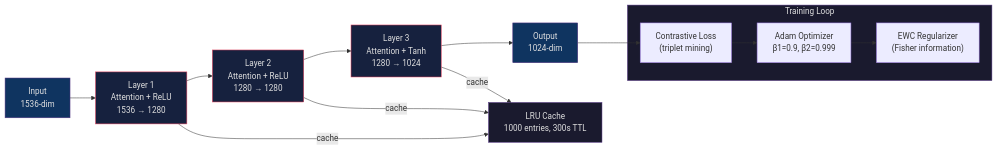
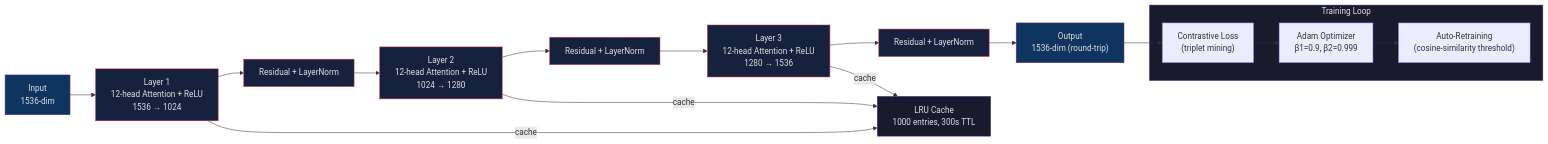
One commit to ste-bah/archon-cli changed diagram 15 of 15 in README.md. Above: the diagram before and after it, drawn with Mermaid. The commit also changed other lines of this file and 7 other files, not shown here.

````diff
--- a/README.md
+++ b/README.md
@@ -2446,28 +2446,34 @@
 ```mermaid
 graph LR
-    INPUT["Input<br/>1536-dim"] --> L1["Layer 1<br/>Attention + ReLU<br/>1536 → 1280"]
-    L1 --> L2["Layer 2<br/>Attention + ReLU<br/>1280 → 1280"]
-    L2 --> L3["Layer 3<br/>Attention + Tanh<br/>1280 → 1024"]
-    L3 --> OUTPUT["Output<br/>1024-dim"]
+    INPUT["Input<br/>1536-dim"] --> L1["Layer 1<br/>12-head Attention + ReLU<br/>1536 → 1024"]
+    L1 --> RES1["Residual + LayerNorm"]
+    RES1 --> L2["Layer 2<br/>12-head Attention + ReLU<br/>1024 → 1280"]
+    L2 --> RES2["Residual + LayerNorm"]
+    RES2 --> L3["Layer 3<br/>12-head Attention + ReLU<br/>1280 → 1536"]
+    L3 --> RES3["Residual + LayerNorm"]
+    RES3 --> OUTPUT["Output<br/>1536-dim (round-trip)"]
 
     L1 --> |"cache"| CACHE["LRU Cache<br/>1000 entries, 300s TTL"]
     L2 --> |"cache"| CACHE
     L3 --> |"cache"| CACHE
 
     subgraph training["Training Loop"]
         LOSS["Contrastive Loss<br/>(triplet mining)"]
         ADAM["Adam Optimizer<br/>β1=0.9, β2=0.999"]
-        EWC["EWC Regularizer<br/>(Fisher information)"]
-        LOSS --> ADAM --> EWC
+        RETRAIN["Auto-Retraining<br/>(cosine-similarity threshold)"]
+        LOSS --> ADAM --> RETRAIN
     end
 
     OUTPUT --> LOSS
 
     style INPUT fill:#0f3460,stroke:#533483,color:#e0e0e0
     style OUTPUT fill:#0f3460,stroke:#533483,color:#e0e0e0
     style L1 fill:#16213e,stroke:#e94560,color:#e0e0e0
     style L2 fill:#16213e,stroke:#e94560,color:#e0e0e0
     style L3 fill:#16213e,stroke:#e94560,color:#e0e0e0
+    style RES1 fill:#16213e,stroke:#e94560,color:#e0e0e0
+    style RES2 fill:#16213e,stroke:#e94560,color:#e0e0e0
+    style RES3 fill:#16213e,stroke:#e94560,color:#e0e0e0
     style training fill:#1a1a2e,stroke:#533483,color:#e0e0e0
     style CACHE fill:#1a1a2e,stroke:#533483,color:#e0e0e0
 ```
````
